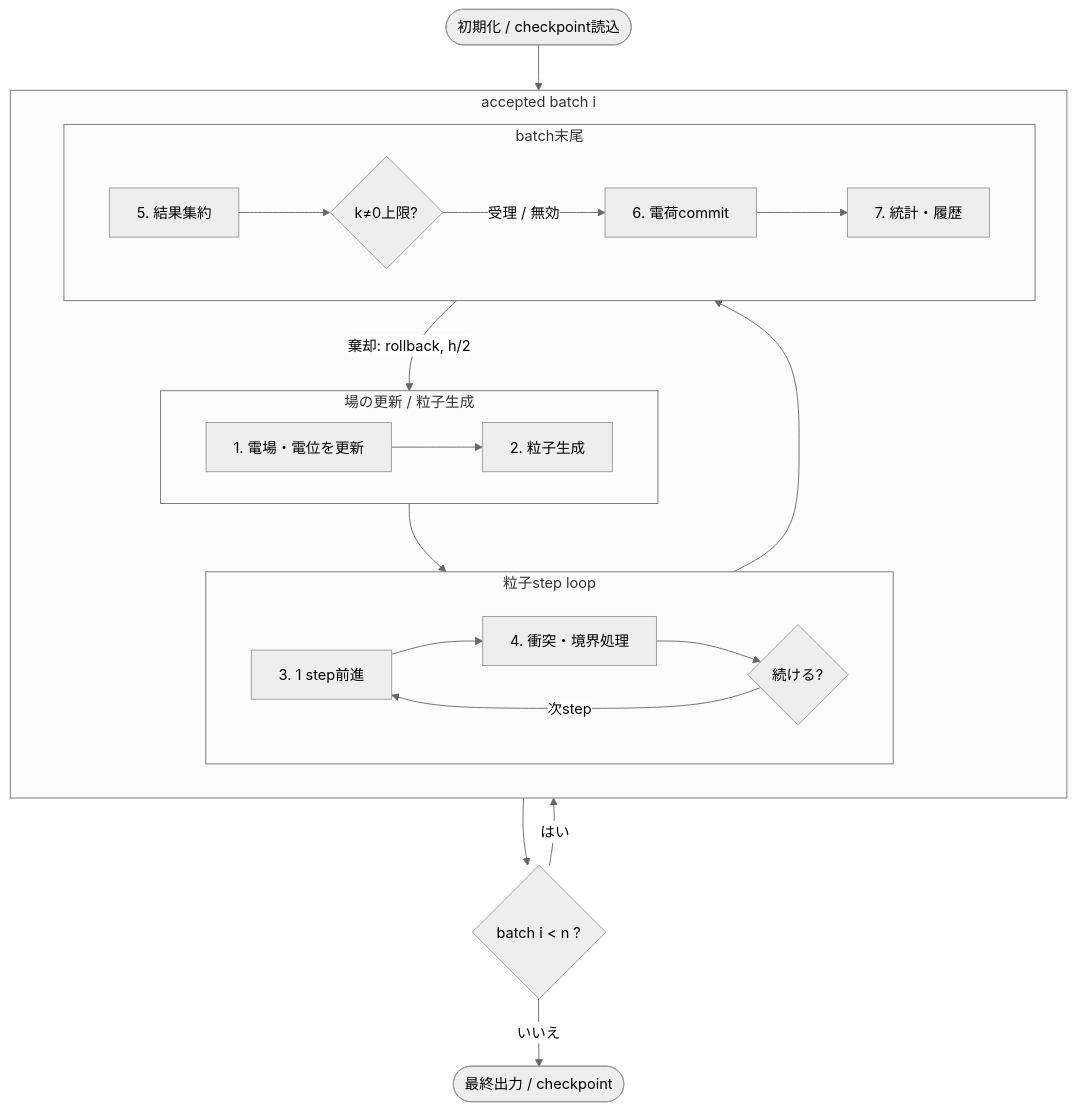
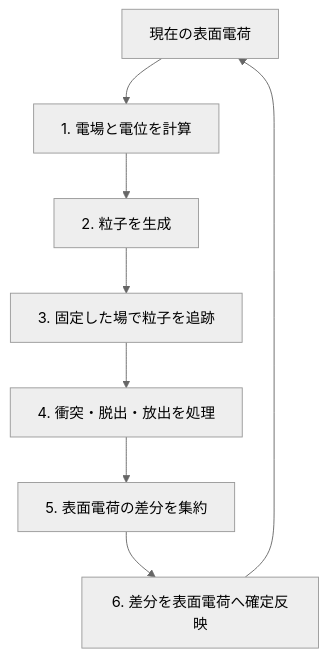
One commit to Nkzono99/BEACH changed the diagram in docs/Algorithms.md. Above: the diagram before and after it, drawn with Mermaid (neutral theme). The commit also changed other lines of this file and 79 other files, not shown here.

````diff
--- a/docs/Algorithms.md
+++ b/docs/Algorithms.md
@@ -16,34 +31,12 @@
 ```mermaid
 flowchart TD
-    start(["初期化 / checkpoint読込"])
-    more{"batch i < n ?"}
+    q["現在の表面電荷"]
+    field["1. 電場と電位を計算"]
+    source["2. 粒子を生成"]
+    track["3. 固定した場で粒子を追跡"]
+    event["4. 衝突・脱出・放出を処理"]
+    delta["5. 表面電荷の差分を集約"]
+    update["6. 差分を表面電荷へ確定反映"]
 
-    subgraph batch["accepted batch i"]
-        direction TB
-        subgraph prepare["場の更新 / 粒子生成"]
-            direction LR
-            p1["1. 電場・電位を更新"] --> p2["2. 粒子生成"]
-        end
-
-        subgraph particle_loop["粒子step loop"]
-            direction LR
-            p3["3. 1 step前進"] --> p4["4. 衝突・境界処理"] --> tracking{"続ける?"}
-            tracking -- "次step" --> p3
-        end
-
-        subgraph batch_end["batch末尾"]
-            direction LR
-            p5["5. 結果集約"] --> trust{"k≠0上限?"}
-            trust -- "受理 / 無効" --> p6["6. 電荷commit"] --> p7["7. 統計・履歴"]
-        end
-
-        prepare --> particle_loop --> batch_end
-        trust -- "棄却: rollback, h/2" --> p2
-    end
-
-    finish(["最終出力 / checkpoint"])
-    start --> prepare
-    more -- "はい" --> prepare
-    batch_end --> more
-    more -- "いいえ" --> finish
+    q --> field --> source --> track --> event --> delta --> update --> q
 ```
````
